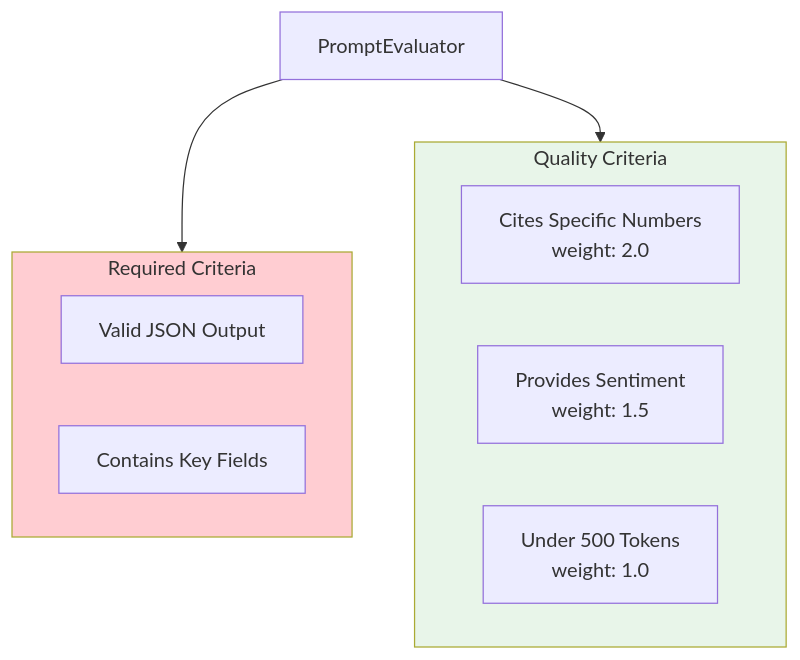
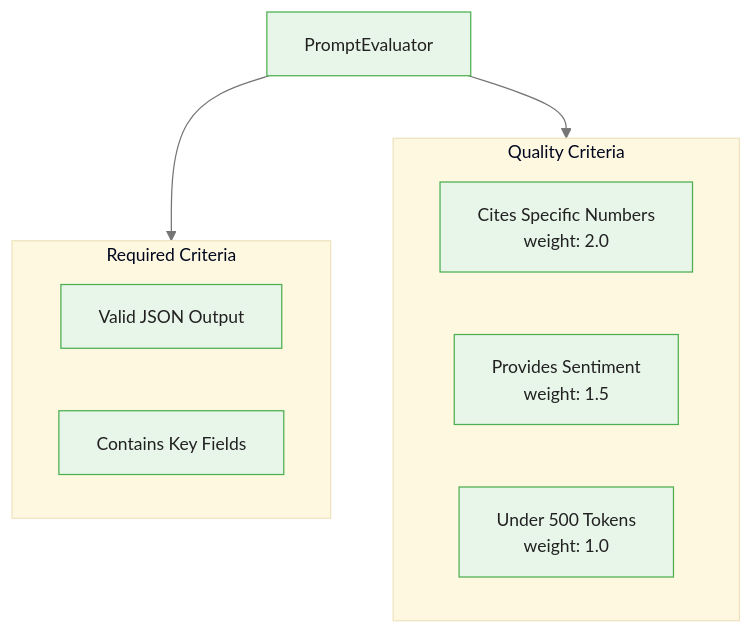
The second of 5 diagrams in courses/dataiku-genai/modules/module_01_prompts/guides/03_testing_iteration_slides.md (m-deane/course-creator), drawn with Mermaid before and after one commit. The commit also changed other lines of this file and 54 other files, not shown here.

````diff
--- a/courses/dataiku-genai/modules/module_01_prompts/guides/03_testing_iteration_slides.md
+++ b/courses/dataiku-genai/modules/module_01_prompts/guides/03_testing_iteration_slides.md
@@ -121,21 +120,19 @@
 ```mermaid
+%%{init: {"theme": "base", "themeVariables": {"primaryColor": "#e8f5e9", "primaryBorderColor": "#4caf50", "primaryTextColor": "#212121", "secondaryColor": "#e3f2fd", "tertiaryColor": "#fff8e1", "lineColor": "#757575", "fontFamily": "Inter, sans-serif", "fontSize": "14px"}}}%%
 graph TB
     EVAL[PromptEvaluator]
 
     subgraph Required[Required Criteria]
         R1[Valid JSON Output]
         R2[Contains Key Fields]
     end
 
     subgraph Weighted[Quality Criteria]
         W1[Cites Specific Numbers<br/>weight: 2.0]
         W2[Provides Sentiment<br/>weight: 1.5]
         W3[Under 500 Tokens<br/>weight: 1.0]
     end
 
     EVAL --> Required
     EVAL --> Weighted
-
-    style Required fill:#ffcdd2
-    style Weighted fill:#e8f5e9
 ```
````
